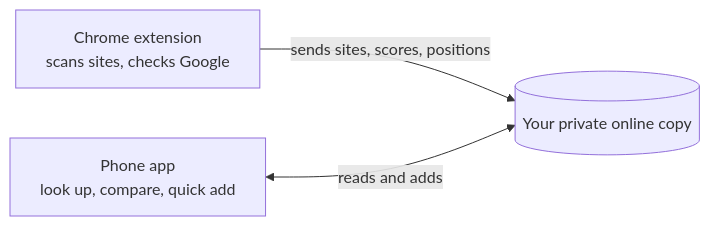
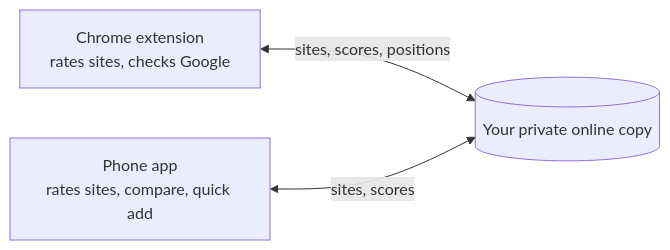
The first of 3 diagrams in README.md (F0rger123/CLAUDE-SEO-GOD-MODE), drawn with Mermaid before and after one commit. The commit also changed other lines of this file and 28 other files, not shown here.

First line of the commit message:
Phone app: rate any site on the phone, save locally first, update pop-up, haptics

````diff
--- a/README.md
+++ b/README.md
@@ -100,5 +101,5 @@
 ```mermaid
 flowchart LR
-  A["Chrome extension<br/>scans sites, checks Google"] -->|"sends sites, scores, positions"| C[("Your private online copy")]
-  B["Phone app<br/>look up, compare, quick add"] <-->|"reads and adds"| C
+  A["Chrome extension<br/>rates sites, checks Google"] <-->|"sites, scores, positions"| C[("Your private online copy")]
+  B["Phone app<br/>rates sites, compare, quick add"] <-->|"sites, scores"| C
 ```
````
